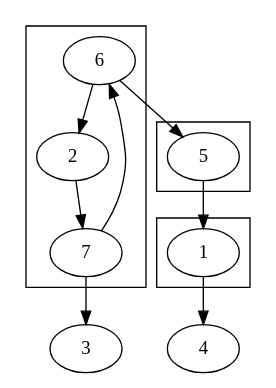
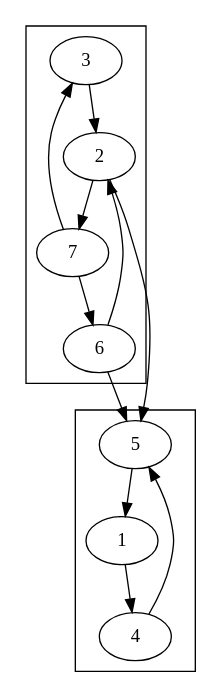
One commit to mgiacomini/grafos-componentes-fortes changed the diagram in resultado.dot. Above: the diagram before and after it, drawn with Graphviz. The commit also changed 1 other file, not shown here.

```diff
--- a/resultado.dot
+++ b/resultado.dot
@@ -1,22 +1,23 @@
 strict digraph resultado_exemplo {
   5 -> 1;
+  3 -> 2;
   6 -> 2;
   7 -> 3;
   1 -> 4;
+  2 -> 5;
+  4 -> 5;
   6 -> 5;
   7 -> 6;
   2 -> 7;
   subgraph cluster1 {
+    5;
     1;
+    4;
   }
   subgraph cluster2 {
-    5;
-  }
-  subgraph cluster3 {
-    6;
+    3;
     2;
-    7;
     7;
     6;
   }
 }
```
